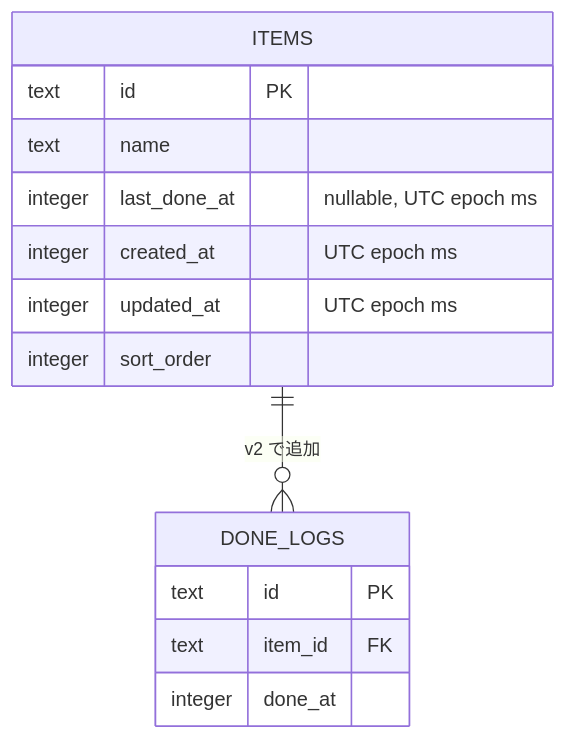
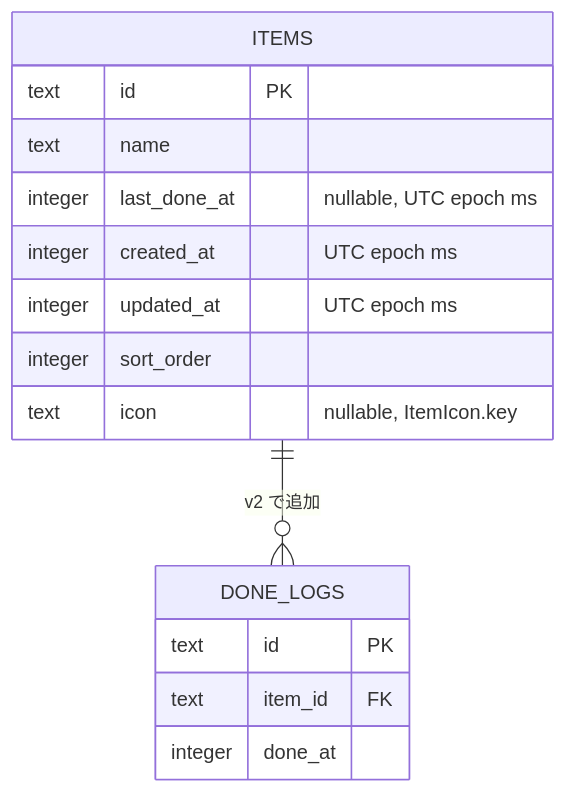
Before and after one commit to fuji18/lastwhen: the second of 5 diagrams in docs/functional-design.md, drawn with Mermaid. The commit also changed other lines of this file and 3 other files, not shown here.

````diff
--- a/docs/functional-design.md
+++ b/docs/functional-design.md
@@ -81,17 +84,18 @@
 ```mermaid
 erDiagram
     ITEMS {
         text id PK
         text name
         integer last_done_at "nullable, UTC epoch ms"
         integer created_at "UTC epoch ms"
         integer updated_at "UTC epoch ms"
         integer sort_order
+        text icon "nullable, ItemIcon.key"
     }
     DONE_LOGS {
         text id PK
         text item_id FK
         integer done_at
     }
     ITEMS ||--o{ DONE_LOGS : "v2 で追加"
 ```
````
